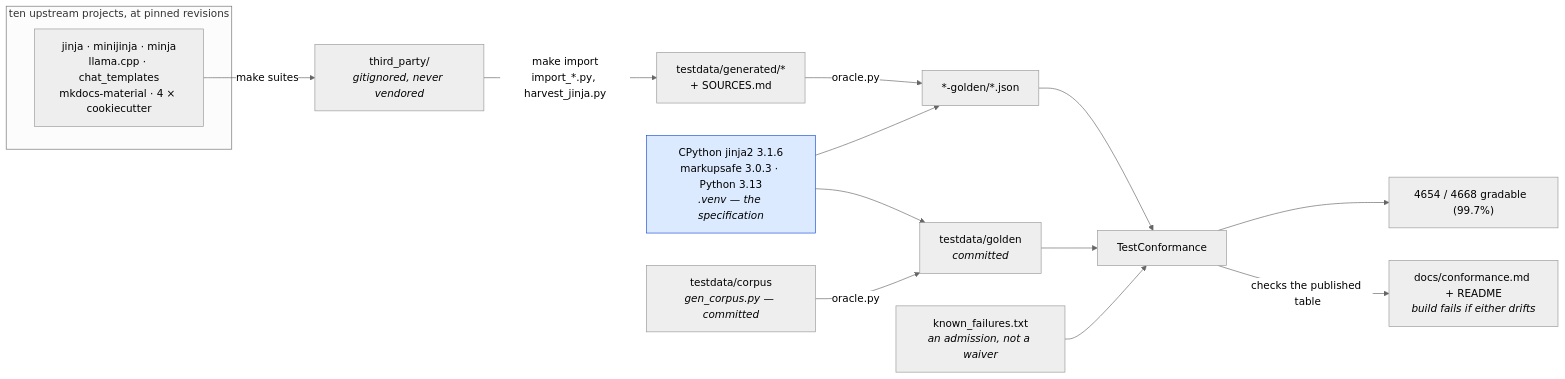
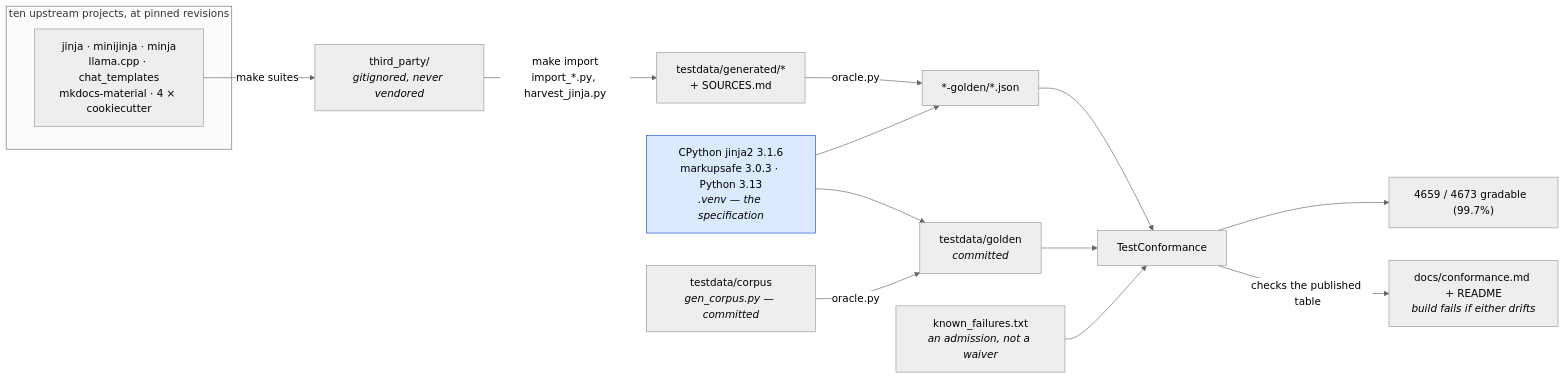
Before and after one commit to mgilbir/gojja2: the first of 2 diagrams in docs/conformance.md, drawn with Mermaid (neutral theme). The commit also changed other lines of this file and 19 other files, not shown here.

````diff
--- a/docs/conformance.md
+++ b/docs/conformance.md
@@ -17,24 +17,24 @@
 ```mermaid
 flowchart LR
     subgraph up["ten upstream projects, at pinned revisions"]
         U1["jinja · minijinja · minja<br/>llama.cpp · chat_templates<br/>mkdocs-material · 4 × cookiecutter"]
     end
     U1 -->|"make suites"| TP["third_party/<br/><i>gitignored, never vendored</i>"]
     TP -->|"make import<br/>import_*.py, harvest_jinja.py"| GEN["testdata/generated/*<br/>+ SOURCES.md"]
 
     ORA["CPython jinja2 3.1.6<br/>markupsafe 3.0.3 · Python 3.13<br/><i>.venv — the specification</i>"]
     GEN -->|"oracle.py"| G2["*-golden/*.json"]
     ORA --> G2
 
     OWN["testdata/corpus<br/><i>gen_corpus.py — committed</i>"] -->|"oracle.py"| G1["testdata/golden<br/><i>committed</i>"]
     ORA --> G1
 
     G1 --> TC["TestConformance"]
     G2 --> TC
     KF["known_failures.txt<br/><i>an admission, not a waiver</i>"] --> TC
-    TC --> RATE["4654 / 4668 gradable  (99.7%)"]
+    TC --> RATE["4659 / 4673 gradable  (99.7%)"]
     TC -->|"checks the published table"| RM["docs/conformance.md + README<br/><i>build fails if either drifts</i>"]
 
     classDef spec fill:#dbeafe,stroke:#1d4ed8,color:#000
     class ORA spec
 ```
````
